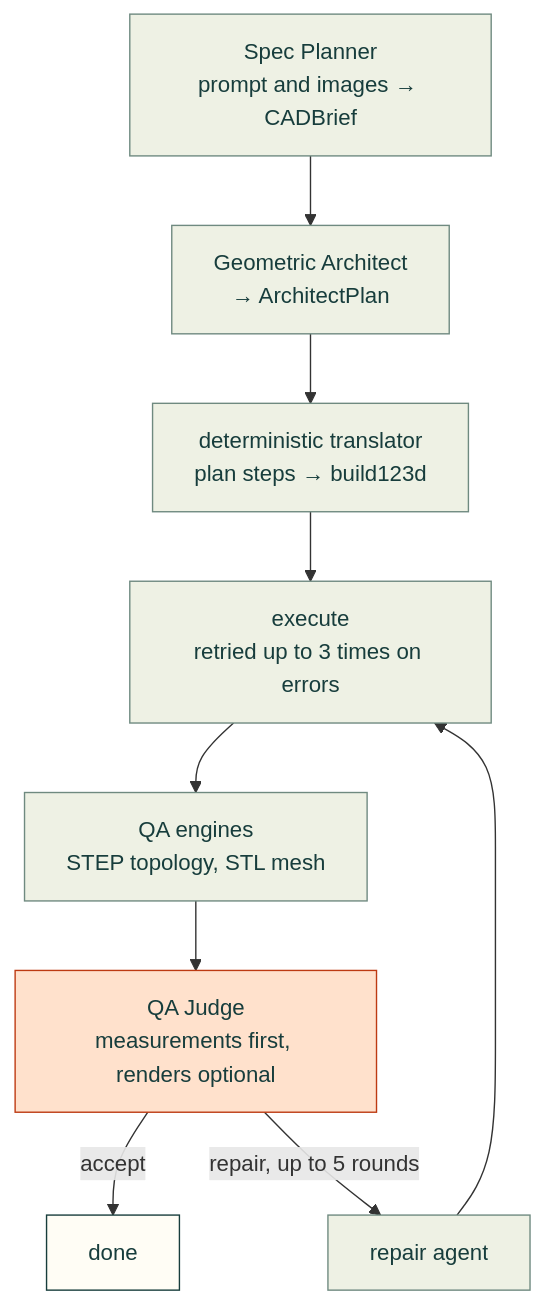
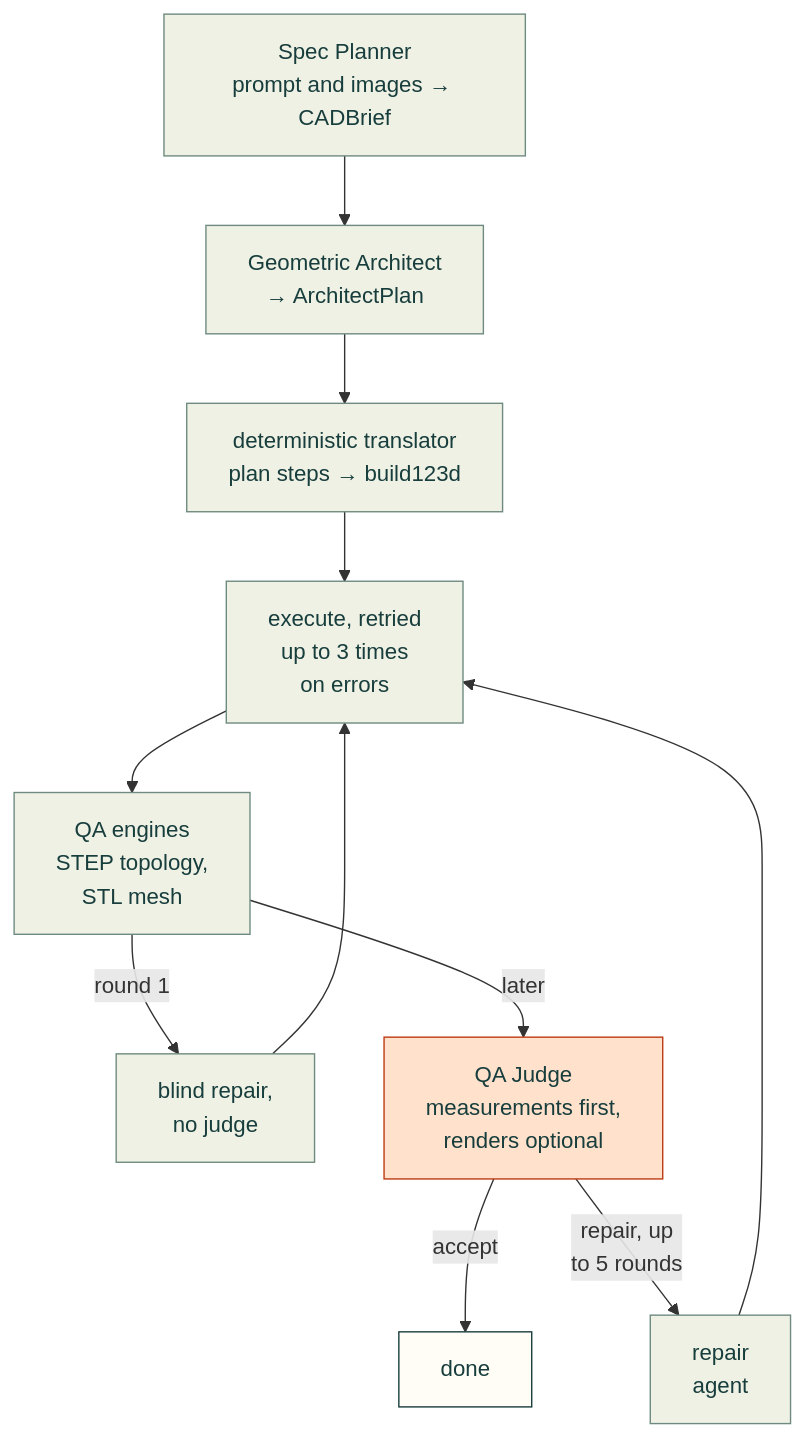
The first of 2 diagrams in research/design-workflows.md (Valpatel/cad-agent), drawn with Mermaid before and after one commit. The commit also changed 5 other files, not shown here.

````diff
--- a/research/design-workflows.md
+++ b/research/design-workflows.md
@@ -60,17 +60,19 @@
 ```mermaid
 flowchart TD
     P["Spec Planner<br/>prompt and images → CADBrief"] --> A["Geometric Architect<br/>→ ArchitectPlan"]
     A --> T["deterministic translator<br/>plan steps → build123d"]
-    T --> X["execute<br/>retried up to 3 times on errors"]
-    X --> Q["QA engines<br/>STEP topology, STL mesh"]
-    Q --> J["QA Judge<br/>measurements first, renders optional"]
+    T --> X["execute, retried<br/>up to 3 times<br/>on errors"]
+    X --> Q["QA engines<br/>STEP topology,<br/>STL mesh"]
+    Q -->|"round 1"| B["blind repair,<br/>no judge"]
+    B --> X
+    Q -->|"later"| J["QA Judge<br/>measurements first,<br/>renders optional"]
     J -->|"accept"| D["done"]
-    J -->|"repair, up to 5 rounds"| R["repair agent"]
+    J -->|"repair, up<br/>to 5 rounds"| R["repair<br/>agent"]
     R --> X
     classDef here fill:#fffdf5,stroke:#173d3c,color:#173d3c
     classDef near fill:#eef1e4,stroke:#6f8a80,color:#173d3c
     classDef out fill:#ffe1cc,stroke:#bd3a12,color:#173d3c
-    class P,A,T,X,Q,R near
+    class P,A,T,X,Q,B,R near
     class J out
     class D here
 ```
````
